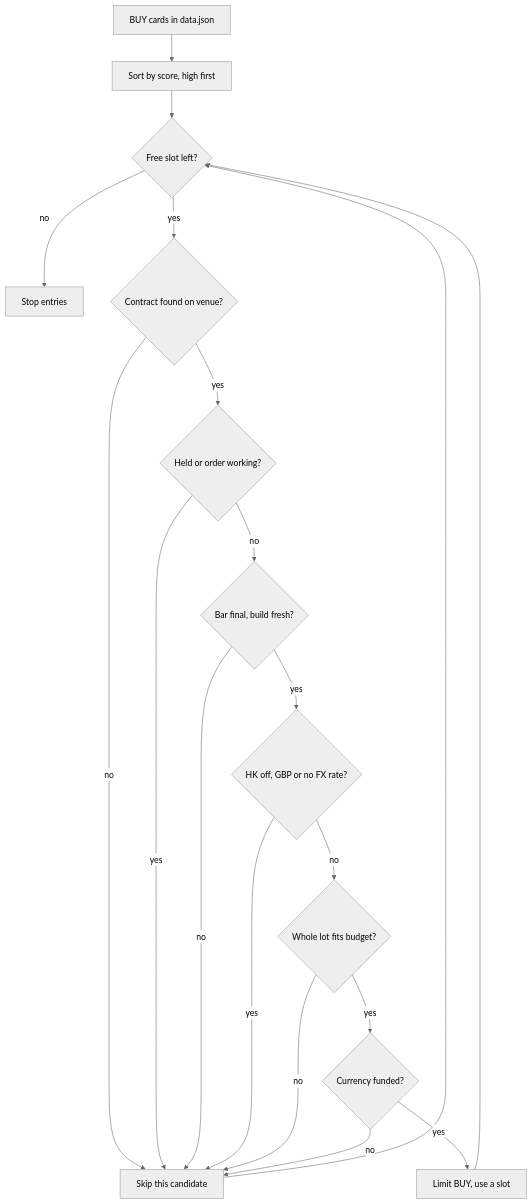
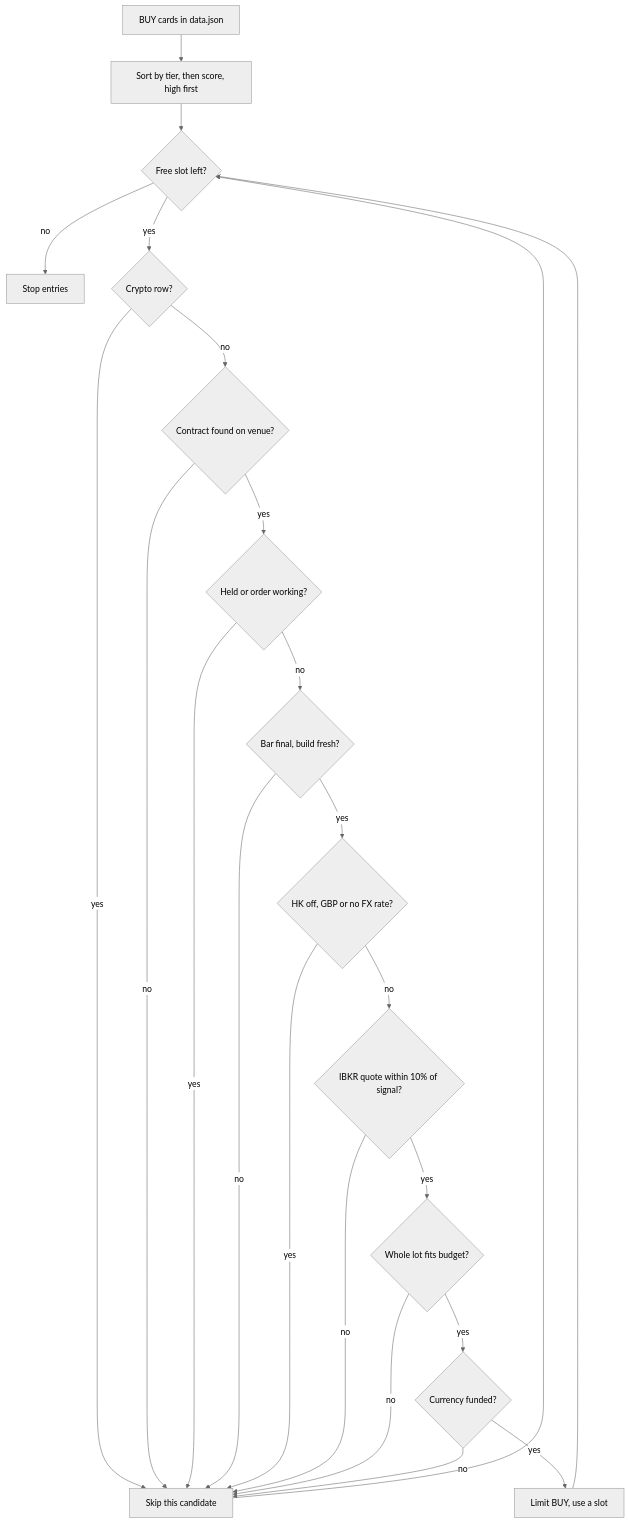
The third of 20 diagrams in WIKI.md (btctree/multi-product-signals), drawn with Mermaid (neutral theme) before and after one commit. The commit also changed other lines of this file and 2 other files, not shown here.

````diff
--- a/WIKI.md
+++ b/WIKI.md
@@ -562,21 +564,25 @@
 ```mermaid
 flowchart TD
-  A["BUY cards in data.json"] --> B["Sort by score, high first"]
+  A["BUY cards in data.json"] --> B["Sort by tier, then score, high first"]
   B --> C{"Free slot left?"}
   C -- no --> Z["Stop entries"]
-  C -- yes --> D{"Contract found on venue?"}
+  C -- yes --> X{"Crypto row?"}
+  X -- yes --> N
+  X -- no --> D{"Contract found on venue?"}
   D -- no --> N["Skip this candidate"]
   D -- yes --> E{"Held or order working?"}
   E -- yes --> N
   E -- no --> F{"Bar final, build fresh?"}
   F -- no --> N
   F -- yes --> G{"HK off, GBP or no FX rate?"}
   G -- yes --> N
-  G -- no --> H{"Whole lot fits budget?"}
+  G -- no --> V{"IBKR quote within 10% of signal?"}
+  V -- no --> N
+  V -- yes --> H{"Whole lot fits budget?"}
   H -- no --> N
   H -- yes --> I{"Currency funded?"}
   I -- no --> N
   I -- yes --> J["Limit BUY, use a slot"]
   J --> C
   N --> C
 ```
````
